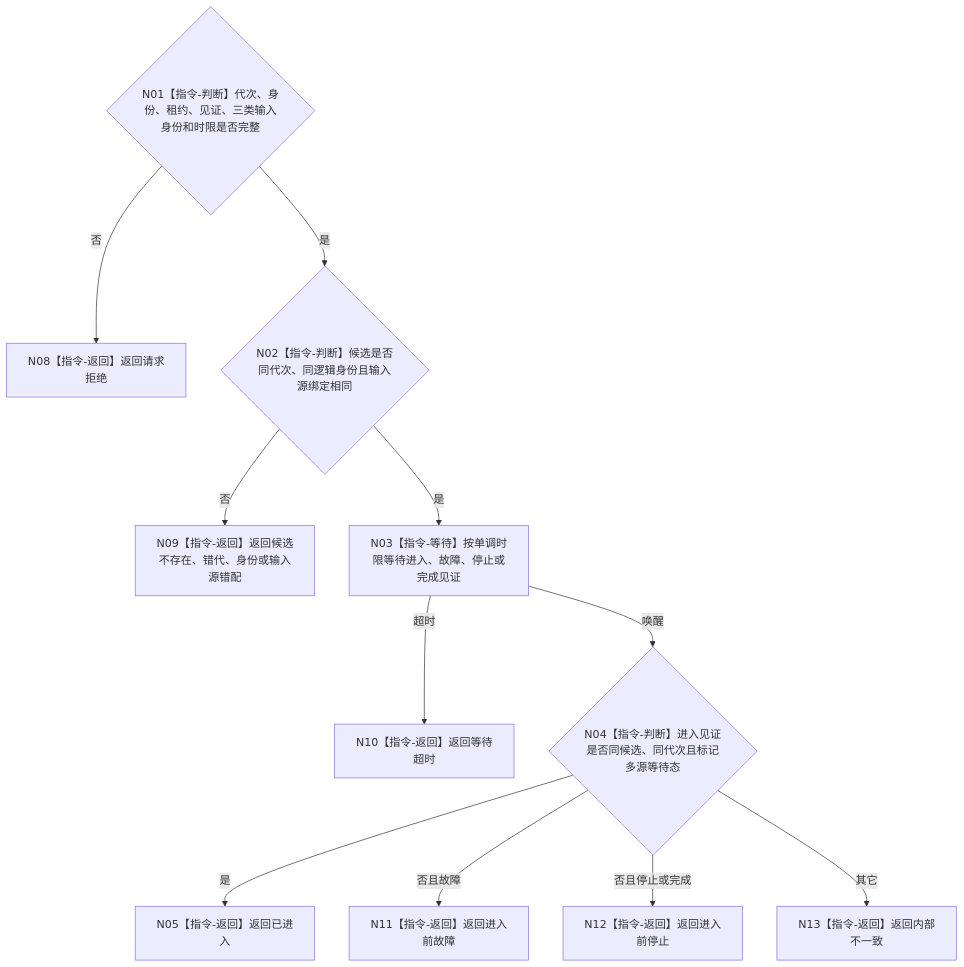
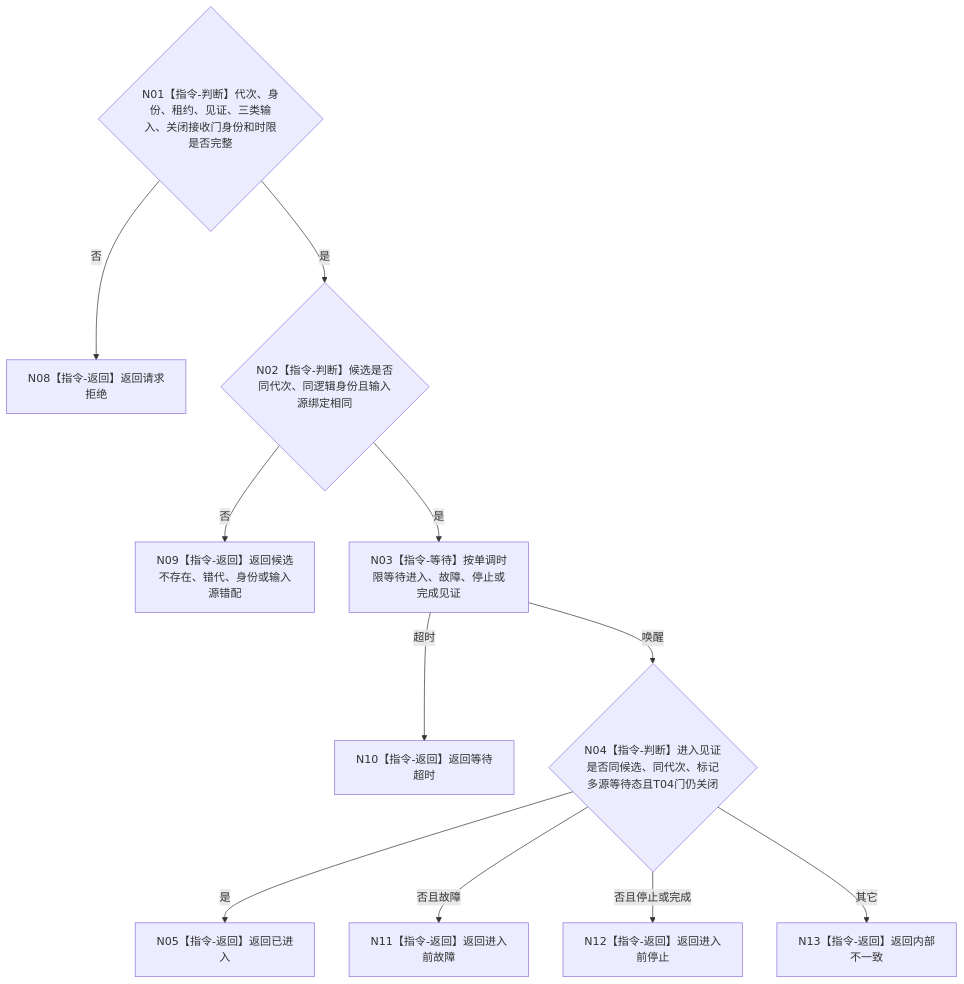
Before and after one commit to chunhaizh-cyber/HY-Ego: the diagram in 流程图/目标业务流程图/L4/BIZ-L4-001-06-01-03_等待任务管理线程进入多源输入等待态_目标函数流程图_v0.1.md, drawn with Mermaid. The commit also changed other lines of this file and 17 other files, not shown here.

````diff
--- a/流程图/目标业务流程图/L4/BIZ-L4-001-06-01-03_等待任务管理线程进入多源输入等待态_目标函数流程图_v0.1.md
+++ b/流程图/目标业务流程图/L4/BIZ-L4-001-06-01-03_等待任务管理线程进入多源输入等待态_目标函数流程图_v0.1.md
@@ -30,13 +30,13 @@
 ```mermaid
 flowchart TD
- N01{"N01【指令-判断】代次、身份、租约、见证、三类输入身份和时限是否完整"} -->|否| N08["N08【指令-返回】返回请求拒绝"]
+ N01{"N01【指令-判断】代次、身份、租约、见证、三类输入、关闭接收门身份和时限是否完整"} -->|否| N08["N08【指令-返回】返回请求拒绝"]
  N01 -->|是| N02{"N02【指令-判断】候选是否同代次、同逻辑身份且输入源绑定相同"}
  N02 -->|否| N09["N09【指令-返回】返回候选不存在、错代、身份或输入源错配"]
  N02 -->|是| N03["N03【指令-等待】按单调时限等待进入、故障、停止或完成见证"]
  N03 -->|超时| N10["N10【指令-返回】返回等待超时"]
- N03 -->|唤醒| N04{"N04【指令-判断】进入见证是否同候选、同代次且标记多源等待态"}
+ N03 -->|唤醒| N04{"N04【指令-判断】进入见证是否同候选、同代次、标记多源等待态且T04门仍关闭"}
  N04 -->|是| N05["N05【指令-返回】返回已进入"]
  N04 -->|否且故障| N11["N11【指令-返回】返回进入前故障"]
  N04 -->|否且停止或完成| N12["N12【指令-返回】返回进入前停止"]
  N04 -->|其它| N13["N13【指令-返回】返回内部不一致"]
 ```
````
